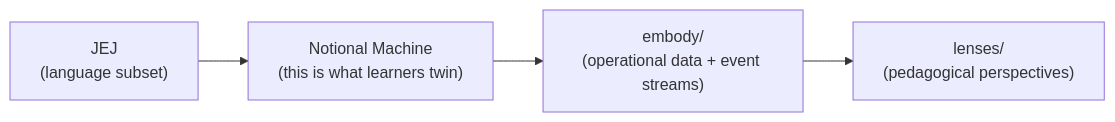
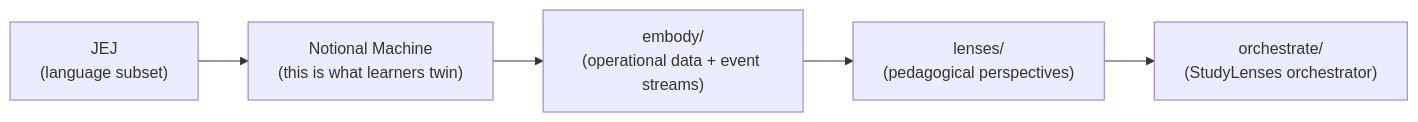
One commit to codeschoolinabox/curricula changed the diagram in src/lib/welcome-to-programming/just-enough/javascript/README.md. Above: the diagram before and after it, drawn with Mermaid. The commit also changed other lines of this file and 3 other files, not shown here.

````diff
--- a/src/lib/welcome-to-programming/just-enough/javascript/README.md
+++ b/src/lib/welcome-to-programming/just-enough/javascript/README.md
@@ -29,8 +29,9 @@
 ```mermaid
 flowchart LR
     JEJ["JEJ<br/>(language subset)"]
     NM["Notional Machine<br/>(this is what learners twin)"]
     embody["embody/<br/>(operational data + event streams)"]
     lenses["lenses/<br/>(pedagogical perspectives)"]
-    JEJ --> NM --> embody --> lenses
+    orchestrate["orchestrate/<br/>(StudyLenses orchestrator)"]
+    JEJ --> NM --> embody --> lenses --> orchestrate
 ```
````
